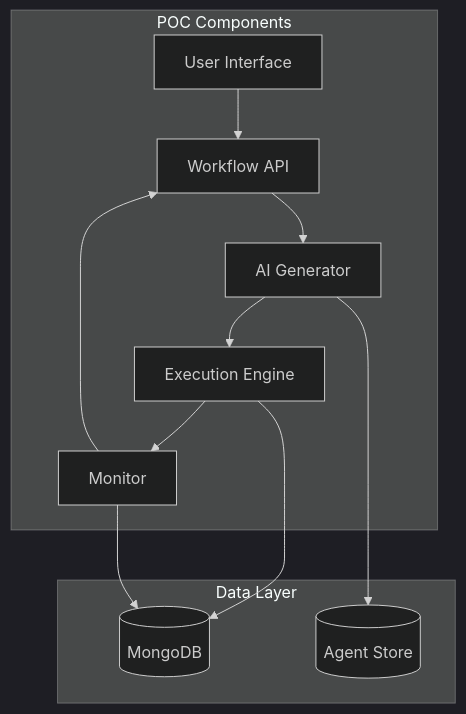
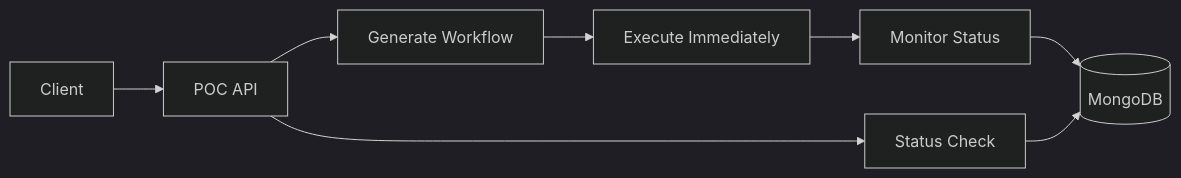
One commit to lkiitkgp/new-repo changed the diagram in README.md. Above: the diagram before and after it, drawn with Mermaid (dark theme). The commit also changed other lines of this file, not shown here.

````diff
--- a/README.md
+++ b/README.md
@@ -19,25 +11,10 @@
 ```mermaid
-graph TB
-    subgraph "POC Components"
-        UI[User Interface]
-        API[Workflow API]
-        GEN[AI Generator]
-        EXE[Execution Engine]
-        MON[Monitor]
-    end
-    
-    subgraph "Data Layer"
-        DB[(MongoDB)]
-        AGENTS[(Agent Store)]
-    end
-    
-    UI --> API
-    API --> GEN
-    GEN --> EXE
-    EXE --> MON
-    MON --> API
-    
-    GEN --> AGENTS
-    EXE --> DB
-    MON --> DB
+graph LR
+    CLIENT[Client] --> API[POC API]
+    API --> GEN[Generate Workflow]
+    GEN --> EXE[Execute Immediately]
+    EXE --> MON[Monitor Status]
+    MON --> DB[(MongoDB)]
+    API --> STATUS[Status Check]
+    STATUS --> DB
 ```
````
